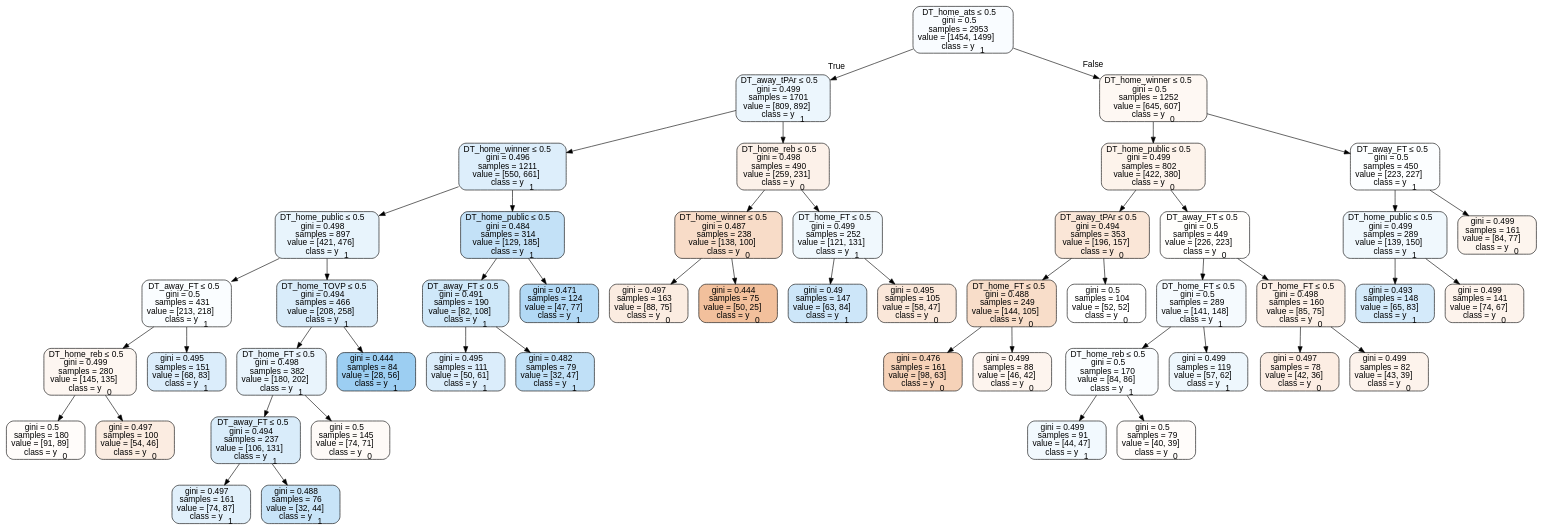
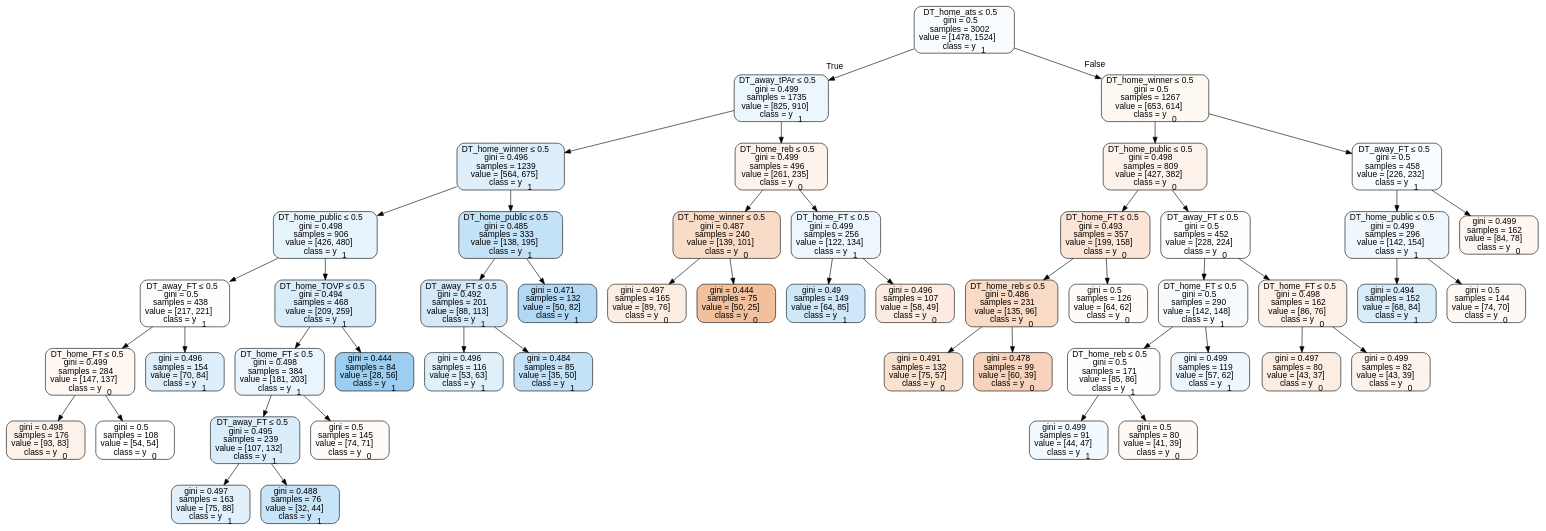
Before and after one commit to usbogie/ncaa-bets: the diagram in Basketball/data/trees/treeneutral.dot, drawn with Graphviz. The commit also changed 16 other files, not shown here.

```diff
--- a/Basketball/data/trees/treeneutral.dot
+++ b/Basketball/data/trees/treeneutral.dot
@@ -1,101 +1,101 @@
 digraph Tree {
 node [shape=box, style="filled, rounded", color="black", fontname=helvetica] ;
 edge [fontname=helvetica] ;
-0 [label=<DT_home_ats &le; 0.5<br/>gini = 0.5<br/>samples = 2953<br/>value = [1454, 1499]<br/>class = y<SUB>1</SUB>>, fillcolor="#399de508"] ;
-1 [label=<DT_away_tPAr &le; 0.5<br/>gini = 0.499<br/>samples = 1701<br/>value = [809, 892]<br/>class = y<SUB>1</SUB>>, fillcolor="#399de518"] ;
+0 [label=<DT_home_ats &le; 0.5<br/>gini = 0.5<br/>samples = 3002<br/>value = [1478, 1524]<br/>class = y<SUB>1</SUB>>, fillcolor="#399de508"] ;
+1 [label=<DT_away_tPAr &le; 0.5<br/>gini = 0.499<br/>samples = 1735<br/>value = [825, 910]<br/>class = y<SUB>1</SUB>>, fillcolor="#399de518"] ;
 0 -> 1 [labeldistance=2.5, labelangle=45, headlabel="True"] ;
-2 [label=<DT_home_winner &le; 0.5<br/>gini = 0.496<br/>samples = 1211<br/>value = [550, 661]<br/>class = y<SUB>1</SUB>>, fillcolor="#399de52b"] ;
+2 [label=<DT_home_winner &le; 0.5<br/>gini = 0.496<br/>samples = 1239<br/>value = [564, 675]<br/>class = y<SUB>1</SUB>>, fillcolor="#399de52a"] ;
 1 -> 2 ;
-3 [label=<DT_home_public &le; 0.5<br/>gini = 0.498<br/>samples = 897<br/>value = [421, 476]<br/>class = y<SUB>1</SUB>>, fillcolor="#399de51d"] ;
+3 [label=<DT_home_public &le; 0.5<br/>gini = 0.498<br/>samples = 906<br/>value = [426, 480]<br/>class = y<SUB>1</SUB>>, fillcolor="#399de51d"] ;
 2 -> 3 ;
-4 [label=<DT_away_FT &le; 0.5<br/>gini = 0.5<br/>samples = 431<br/>value = [213, 218]<br/>class = y<SUB>1</SUB>>, fillcolor="#399de506"] ;
+4 [label=<DT_away_FT &le; 0.5<br/>gini = 0.5<br/>samples = 438<br/>value = [217, 221]<br/>class = y<SUB>1</SUB>>, fillcolor="#399de505"] ;
 3 -> 4 ;
-5 [label=<DT_home_reb &le; 0.5<br/>gini = 0.499<br/>samples = 280<br/>value = [145, 135]<br/>class = y<SUB>0</SUB>>, fillcolor="#e5813912"] ;
+5 [label=<DT_home_FT &le; 0.5<br/>gini = 0.499<br/>samples = 284<br/>value = [147, 137]<br/>class = y<SUB>0</SUB>>, fillcolor="#e5813911"] ;
 4 -> 5 ;
-6 [label=<gini = 0.5<br/>samples = 180<br/>value = [91, 89]<br/>class = y<SUB>0</SUB>>, fillcolor="#e5813906"] ;
+6 [label=<gini = 0.498<br/>samples = 176<br/>value = [93, 83]<br/>class = y<SUB>0</SUB>>, fillcolor="#e581391b"] ;
 5 -> 6 ;
-7 [label=<gini = 0.497<br/>samples = 100<br/>value = [54, 46]<br/>class = y<SUB>0</SUB>>, fillcolor="#e5813926"] ;
+7 [label=<gini = 0.5<br/>samples = 108<br/>value = [54, 54]<br/>class = y<SUB>0</SUB>>, fillcolor="#e5813900"] ;
 5 -> 7 ;
-8 [label=<gini = 0.495<br/>samples = 151<br/>value = [68, 83]<br/>class = y<SUB>1</SUB>>, fillcolor="#399de52e"] ;
+8 [label=<gini = 0.496<br/>samples = 154<br/>value = [70, 84]<br/>class = y<SUB>1</SUB>>, fillcolor="#399de52a"] ;
 4 -> 8 ;
-9 [label=<DT_home_TOVP &le; 0.5<br/>gini = 0.494<br/>samples = 466<br/>value = [208, 258]<br/>class = y<SUB>1</SUB>>, fillcolor="#399de531"] ;
+9 [label=<DT_home_TOVP &le; 0.5<br/>gini = 0.494<br/>samples = 468<br/>value = [209, 259]<br/>class = y<SUB>1</SUB>>, fillcolor="#399de531"] ;
 3 -> 9 ;
-10 [label=<DT_home_FT &le; 0.5<br/>gini = 0.498<br/>samples = 382<br/>value = [180, 202]<br/>class = y<SUB>1</SUB>>, fillcolor="#399de51c"] ;
+10 [label=<DT_home_FT &le; 0.5<br/>gini = 0.498<br/>samples = 384<br/>value = [181, 203]<br/>class = y<SUB>1</SUB>>, fillcolor="#399de51c"] ;
 9 -> 10 ;
-11 [label=<DT_away_FT &le; 0.5<br/>gini = 0.494<br/>samples = 237<br/>value = [106, 131]<br/>class = y<SUB>1</SUB>>, fillcolor="#399de531"] ;
+11 [label=<DT_away_FT &le; 0.5<br/>gini = 0.495<br/>samples = 239<br/>value = [107, 132]<br/>class = y<SUB>1</SUB>>, fillcolor="#399de530"] ;
 10 -> 11 ;
-12 [label=<gini = 0.497<br/>samples = 161<br/>value = [74, 87]<br/>class = y<SUB>1</SUB>>, fillcolor="#399de526"] ;
+12 [label=<gini = 0.497<br/>samples = 163<br/>value = [75, 88]<br/>class = y<SUB>1</SUB>>, fillcolor="#399de526"] ;
 11 -> 12 ;
 13 [label=<gini = 0.488<br/>samples = 76<br/>value = [32, 44]<br/>class = y<SUB>1</SUB>>, fillcolor="#399de546"] ;
 11 -> 13 ;
 14 [label=<gini = 0.5<br/>samples = 145<br/>value = [74, 71]<br/>class = y<SUB>0</SUB>>, fillcolor="#e581390a"] ;
 10 -> 14 ;
 15 [label=<gini = 0.444<br/>samples = 84<br/>value = [28, 56]<br/>class = y<SUB>1</SUB>>, fillcolor="#399de57f"] ;
 9 -> 15 ;
-16 [label=<DT_home_public &le; 0.5<br/>gini = 0.484<br/>samples = 314<br/>value = [129, 185]<br/>class = y<SUB>1</SUB>>, fillcolor="#399de54d"] ;
+16 [label=<DT_home_public &le; 0.5<br/>gini = 0.485<br/>samples = 333<br/>value = [138, 195]<br/>class = y<SUB>1</SUB>>, fillcolor="#399de54b"] ;
 2 -> 16 ;
-17 [label=<DT_away_FT &le; 0.5<br/>gini = 0.491<br/>samples = 190<br/>value = [82, 108]<br/>class = y<SUB>1</SUB>>, fillcolor="#399de53d"] ;
+17 [label=<DT_away_FT &le; 0.5<br/>gini = 0.492<br/>samples = 201<br/>value = [88, 113]<br/>class = y<SUB>1</SUB>>, fillcolor="#399de538"] ;
 16 -> 17 ;
-18 [label=<gini = 0.495<br/>samples = 111<br/>value = [50, 61]<br/>class = y<SUB>1</SUB>>, fillcolor="#399de52e"] ;
+18 [label=<gini = 0.496<br/>samples = 116<br/>value = [53, 63]<br/>class = y<SUB>1</SUB>>, fillcolor="#399de528"] ;
 17 -> 18 ;
-19 [label=<gini = 0.482<br/>samples = 79<br/>value = [32, 47]<br/>class = y<SUB>1</SUB>>, fillcolor="#399de551"] ;
+19 [label=<gini = 0.484<br/>samples = 85<br/>value = [35, 50]<br/>class = y<SUB>1</SUB>>, fillcolor="#399de54d"] ;
 17 -> 19 ;
-20 [label=<gini = 0.471<br/>samples = 124<br/>value = [47, 77]<br/>class = y<SUB>1</SUB>>, fillcolor="#399de563"] ;
+20 [label=<gini = 0.471<br/>samples = 132<br/>value = [50, 82]<br/>class = y<SUB>1</SUB>>, fillcolor="#399de564"] ;
 16 -> 20 ;
-21 [label=<DT_home_reb &le; 0.5<br/>gini = 0.498<br/>samples = 490<br/>value = [259, 231]<br/>class = y<SUB>0</SUB>>, fillcolor="#e581391c"] ;
+21 [label=<DT_home_reb &le; 0.5<br/>gini = 0.499<br/>samples = 496<br/>value = [261, 235]<br/>class = y<SUB>0</SUB>>, fillcolor="#e5813919"] ;
 1 -> 21 ;
-22 [label=<DT_home_winner &le; 0.5<br/>gini = 0.487<br/>samples = 238<br/>value = [138, 100]<br/>class = y<SUB>0</SUB>>, fillcolor="#e5813946"] ;
+22 [label=<DT_home_winner &le; 0.5<br/>gini = 0.487<br/>samples = 240<br/>value = [139, 101]<br/>class = y<SUB>0</SUB>>, fillcolor="#e5813946"] ;
 21 -> 22 ;
-23 [label=<gini = 0.497<br/>samples = 163<br/>value = [88, 75]<br/>class = y<SUB>0</SUB>>, fillcolor="#e5813926"] ;
+23 [label=<gini = 0.497<br/>samples = 165<br/>value = [89, 76]<br/>class = y<SUB>0</SUB>>, fillcolor="#e5813925"] ;
 22 -> 23 ;
 24 [label=<gini = 0.444<br/>samples = 75<br/>value = [50, 25]<br/>class = y<SUB>0</SUB>>, fillcolor="#e581397f"] ;
 22 -> 24 ;
-25 [label=<DT_home_FT &le; 0.5<br/>gini = 0.499<br/>samples = 252<br/>value = [121, 131]<br/>class = y<SUB>1</SUB>>, fillcolor="#399de513"] ;
+25 [label=<DT_home_FT &le; 0.5<br/>gini = 0.499<br/>samples = 256<br/>value = [122, 134]<br/>class = y<SUB>1</SUB>>, fillcolor="#399de517"] ;
 21 -> 25 ;
-26 [label=<gini = 0.49<br/>samples = 147<br/>value = [63, 84]<br/>class = y<SUB>1</SUB>>, fillcolor="#399de540"] ;
+26 [label=<gini = 0.49<br/>samples = 149<br/>value = [64, 85]<br/>class = y<SUB>1</SUB>>, fillcolor="#399de53f"] ;
 25 -> 26 ;
-27 [label=<gini = 0.495<br/>samples = 105<br/>value = [58, 47]<br/>class = y<SUB>0</SUB>>, fillcolor="#e5813930"] ;
+27 [label=<gini = 0.496<br/>samples = 107<br/>value = [58, 49]<br/>class = y<SUB>0</SUB>>, fillcolor="#e5813928"] ;
 25 -> 27 ;
-28 [label=<DT_home_winner &le; 0.5<br/>gini = 0.5<br/>samples = 1252<br/>value = [645, 607]<br/>class = y<SUB>0</SUB>>, fillcolor="#e581390f"] ;
+28 [label=<DT_home_winner &le; 0.5<br/>gini = 0.5<br/>samples = 1267<br/>value = [653, 614]<br/>class = y<SUB>0</SUB>>, fillcolor="#e581390f"] ;
 0 -> 28 [labeldistance=2.5, labelangle=-45, headlabel="False"] ;
-29 [label=<DT_home_public &le; 0.5<br/>gini = 0.499<br/>samples = 802<br/>value = [422, 380]<br/>class = y<SUB>0</SUB>>, fillcolor="#e5813919"] ;
+29 [label=<DT_home_public &le; 0.5<br/>gini = 0.498<br/>samples = 809<br/>value = [427, 382]<br/>class = y<SUB>0</SUB>>, fillcolor="#e581391b"] ;
 28 -> 29 ;
-30 [label=<DT_away_tPAr &le; 0.5<br/>gini = 0.494<br/>samples = 353<br/>value = [196, 157]<br/>class = y<SUB>0</SUB>>, fillcolor="#e5813933"] ;
+30 [label=<DT_home_FT &le; 0.5<br/>gini = 0.493<br/>samples = 357<br/>value = [199, 158]<br/>class = y<SUB>0</SUB>>, fillcolor="#e5813935"] ;
 29 -> 30 ;
-31 [label=<DT_home_FT &le; 0.5<br/>gini = 0.488<br/>samples = 249<br/>value = [144, 105]<br/>class = y<SUB>0</SUB>>, fillcolor="#e5813945"] ;
+31 [label=<DT_home_reb &le; 0.5<br/>gini = 0.486<br/>samples = 231<br/>value = [135, 96]<br/>class = y<SUB>0</SUB>>, fillcolor="#e581394a"] ;
 30 -> 31 ;
-32 [label=<gini = 0.476<br/>samples = 161<br/>value = [98, 63]<br/>class = y<SUB>0</SUB>>, fillcolor="#e581395b"] ;
+32 [label=<gini = 0.491<br/>samples = 132<br/>value = [75, 57]<br/>class = y<SUB>0</SUB>>, fillcolor="#e581393d"] ;
 31 -> 32 ;
-33 [label=<gini = 0.499<br/>samples = 88<br/>value = [46, 42]<br/>class = y<SUB>0</SUB>>, fillcolor="#e5813916"] ;
+33 [label=<gini = 0.478<br/>samples = 99<br/>value = [60, 39]<br/>class = y<SUB>0</SUB>>, fillcolor="#e5813959"] ;
 31 -> 33 ;
-34 [label=<gini = 0.5<br/>samples = 104<br/>value = [52, 52]<br/>class = y<SUB>0</SUB>>, fillcolor="#e5813900"] ;
+34 [label=<gini = 0.5<br/>samples = 126<br/>value = [64, 62]<br/>class = y<SUB>0</SUB>>, fillcolor="#e5813908"] ;
 30 -> 34 ;
-35 [label=<DT_away_FT &le; 0.5<br/>gini = 0.5<br/>samples = 449<br/>value = [226, 223]<br/>class = y<SUB>0</SUB>>, fillcolor="#e5813903"] ;
+35 [label=<DT_away_FT &le; 0.5<br/>gini = 0.5<br/>samples = 452<br/>value = [228, 224]<br/>class = y<SUB>0</SUB>>, fillcolor="#e5813904"] ;
 29 -> 35 ;
-36 [label=<DT_home_FT &le; 0.5<br/>gini = 0.5<br/>samples = 289<br/>value = [141, 148]<br/>class = y<SUB>1</SUB>>, fillcolor="#399de50c"] ;
+36 [label=<DT_home_FT &le; 0.5<br/>gini = 0.5<br/>samples = 290<br/>value = [142, 148]<br/>class = y<SUB>1</SUB>>, fillcolor="#399de50a"] ;
 35 -> 36 ;
-37 [label=<DT_home_reb &le; 0.5<br/>gini = 0.5<br/>samples = 170<br/>value = [84, 86]<br/>class = y<SUB>1</SUB>>, fillcolor="#399de506"] ;
+37 [label=<DT_home_reb &le; 0.5<br/>gini = 0.5<br/>samples = 171<br/>value = [85, 86]<br/>class = y<SUB>1</SUB>>, fillcolor="#399de503"] ;
 36 -> 37 ;
 38 [label=<gini = 0.499<br/>samples = 91<br/>value = [44, 47]<br/>class = y<SUB>1</SUB>>, fillcolor="#399de510"] ;
 37 -> 38 ;
-39 [label=<gini = 0.5<br/>samples = 79<br/>value = [40, 39]<br/>class = y<SUB>0</SUB>>, fillcolor="#e5813906"] ;
+39 [label=<gini = 0.5<br/>samples = 80<br/>value = [41, 39]<br/>class = y<SUB>0</SUB>>, fillcolor="#e581390c"] ;
 37 -> 39 ;
 40 [label=<gini = 0.499<br/>samples = 119<br/>value = [57, 62]<br/>class = y<SUB>1</SUB>>, fillcolor="#399de515"] ;
 36 -> 40 ;
-41 [label=<DT_home_FT &le; 0.5<br/>gini = 0.498<br/>samples = 160<br/>value = [85, 75]<br/>class = y<SUB>0</SUB>>, fillcolor="#e581391e"] ;
+41 [label=<DT_home_FT &le; 0.5<br/>gini = 0.498<br/>samples = 162<br/>value = [86, 76]<br/>class = y<SUB>0</SUB>>, fillcolor="#e581391e"] ;
 35 -> 41 ;
-42 [label=<gini = 0.497<br/>samples = 78<br/>value = [42, 36]<br/>class = y<SUB>0</SUB>>, fillcolor="#e5813924"] ;
+42 [label=<gini = 0.497<br/>samples = 80<br/>value = [43, 37]<br/>class = y<SUB>0</SUB>>, fillcolor="#e5813924"] ;
 41 -> 42 ;
 43 [label=<gini = 0.499<br/>samples = 82<br/>value = [43, 39]<br/>class = y<SUB>0</SUB>>, fillcolor="#e5813918"] ;
 41 -> 43 ;
-44 [label=<DT_away_FT &le; 0.5<br/>gini = 0.5<br/>samples = 450<br/>value = [223, 227]<br/>class = y<SUB>1</SUB>>, fillcolor="#399de504"] ;
+44 [label=<DT_away_FT &le; 0.5<br/>gini = 0.5<br/>samples = 458<br/>value = [226, 232]<br/>class = y<SUB>1</SUB>>, fillcolor="#399de507"] ;
 28 -> 44 ;
-45 [label=<DT_home_public &le; 0.5<br/>gini = 0.499<br/>samples = 289<br/>value = [139, 150]<br/>class = y<SUB>1</SUB>>, fillcolor="#399de513"] ;
+45 [label=<DT_home_public &le; 0.5<br/>gini = 0.499<br/>samples = 296<br/>value = [142, 154]<br/>class = y<SUB>1</SUB>>, fillcolor="#399de514"] ;
 44 -> 45 ;
-46 [label=<gini = 0.493<br/>samples = 148<br/>value = [65, 83]<br/>class = y<SUB>1</SUB>>, fillcolor="#399de537"] ;
+46 [label=<gini = 0.494<br/>samples = 152<br/>value = [68, 84]<br/>class = y<SUB>1</SUB>>, fillcolor="#399de531"] ;
 45 -> 46 ;
-47 [label=<gini = 0.499<br/>samples = 141<br/>value = [74, 67]<br/>class = y<SUB>0</SUB>>, fillcolor="#e5813918"] ;
+47 [label=<gini = 0.5<br/>samples = 144<br/>value = [74, 70]<br/>class = y<SUB>0</SUB>>, fillcolor="#e581390e"] ;
 45 -> 47 ;
-48 [label=<gini = 0.499<br/>samples = 161<br/>value = [84, 77]<br/>class = y<SUB>0</SUB>>, fillcolor="#e5813915"] ;
+48 [label=<gini = 0.499<br/>samples = 162<br/>value = [84, 78]<br/>class = y<SUB>0</SUB>>, fillcolor="#e5813912"] ;
 44 -> 48 ;
 }
```
